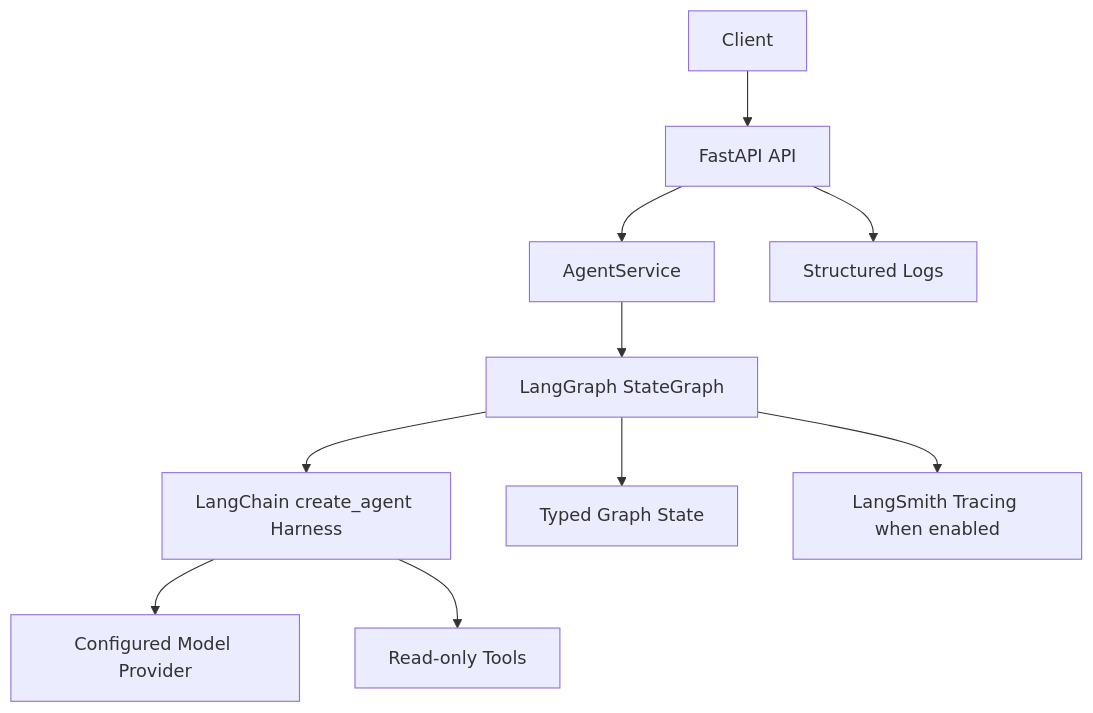
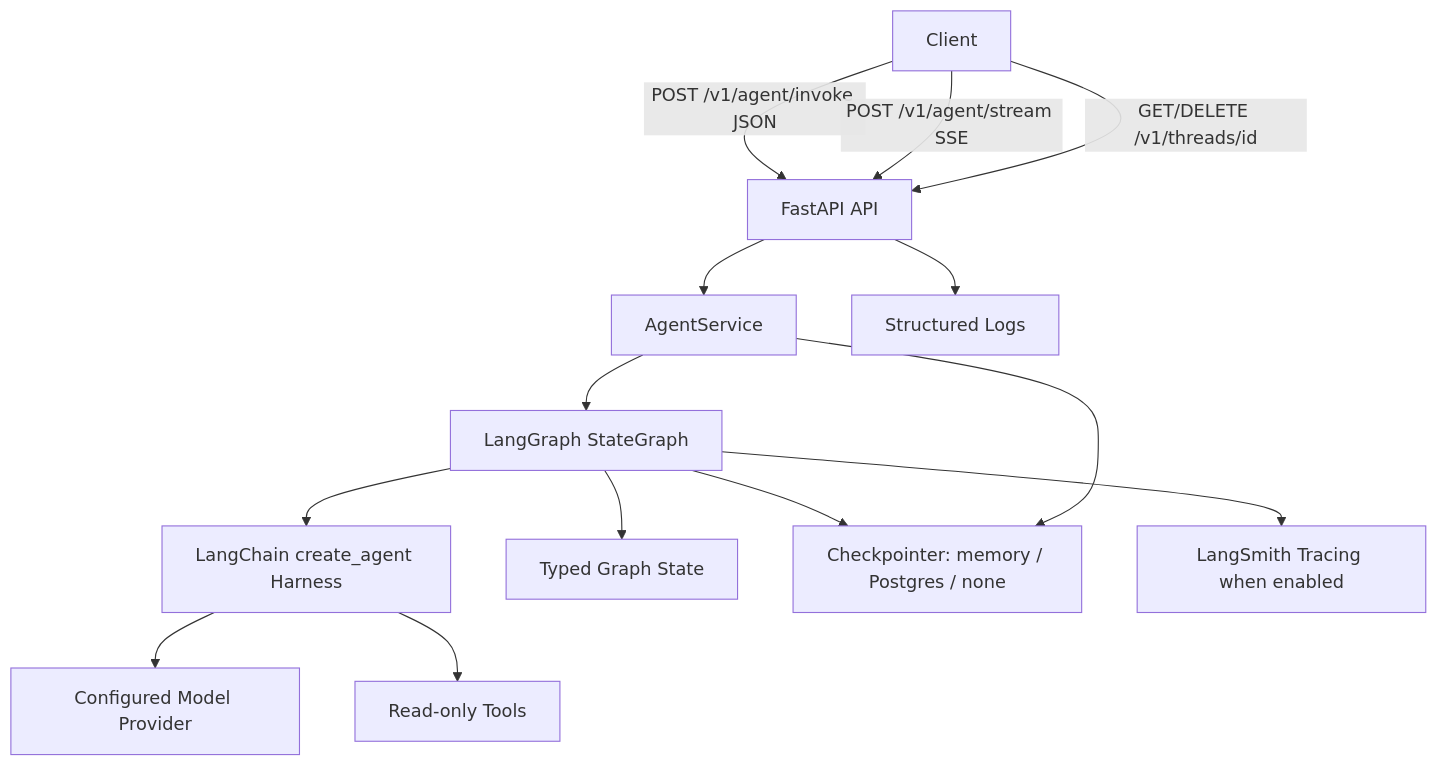
The first of 2 diagrams in ARCHITECTURE.md (Md-Nisar/neuron), drawn with Mermaid before and after one commit. The commit also changed other lines of this file and 5 other files, not shown here.

````diff
--- a/ARCHITECTURE.md
+++ b/ARCHITECTURE.md
@@ -18,12 +18,16 @@
 ```mermaid
 flowchart TD
-    Client[Client] --> API[FastAPI API]
+    Client[Client] -->|POST /v1/agent/invoke JSON| API[FastAPI API]
+    Client -->|POST /v1/agent/stream SSE| API
+    Client -->|GET/DELETE /v1/threads/id| API
     API --> Service[AgentService]
     Service --> Graph[LangGraph StateGraph]
     Graph --> Agent[LangChain create_agent Harness]
     Agent --> Model[Configured Model Provider]
     Agent --> Tools[Read-only Tools]
     Graph --> State[Typed Graph State]
+    Graph --> Checkpointer[Checkpointer: memory / Postgres / none]
+    Service --> Checkpointer
     API --> Logs[Structured Logs]
     Graph --> LangSmith[LangSmith Tracing when enabled]
 ```
````
